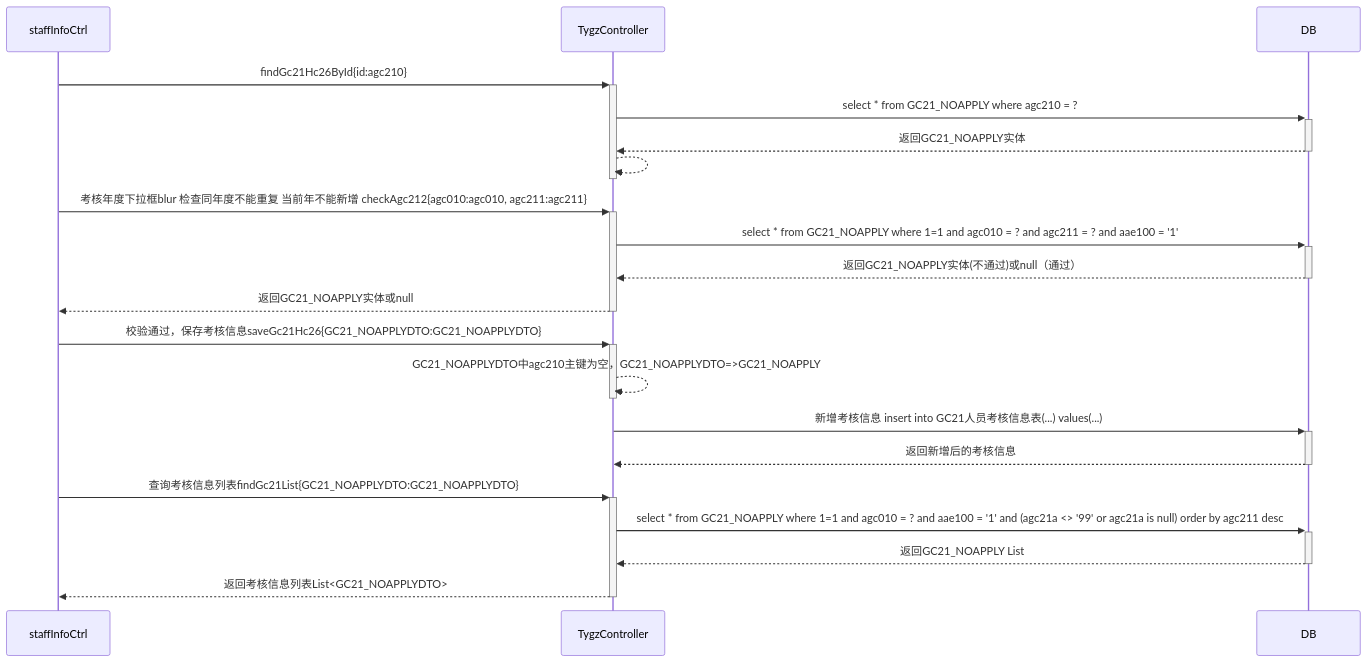
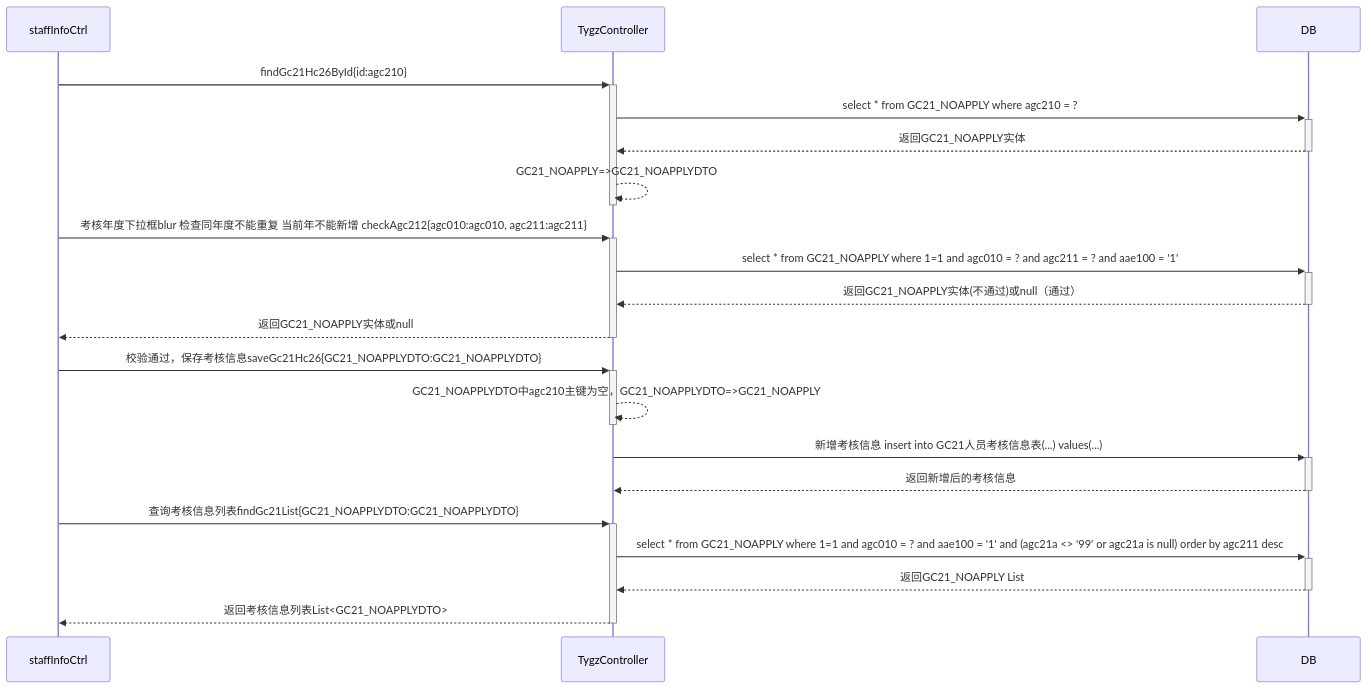
One commit to ZhangJianBeiJing/iodraw-files changed the diagram in all/人员考核信息修改按钮的调用业务流程.md. Above: the diagram before and after it, drawn with Mermaid.

Commit message:
2025-03-26 09:59:52 update

````diff
--- a/all/人员考核信息修改按钮的调用业务流程.md
+++ b/all/人员考核信息修改按钮的调用业务流程.md
@@ -1,21 +1,21 @@
 ```mermaid
 sequenceDiagram
 
     staffInfoCtrl->>+TygzController:findGc21Hc26ById{id:agc210}
     TygzController->>+DB:select * from GC21_NOAPPLY where agc210 = ?
     DB-->>-TygzController:返回GC21_NOAPPLY实体
-    TygzController-->>-TygzController:
+    TygzController-->>-TygzController:GC21_NOAPPLY=>GC21_NOAPPLYDTO
     staffInfoCtrl->>+TygzController:考核年度下拉框blur 检查同年度不能重复 当前年不能新增 checkAgc212{agc010:agc010, agc211:agc211}
     TygzController->>+DB:select * from GC21_NOAPPLY where 1=1 and agc010 = ? and agc211 = ? and aae100 = '1'
     DB-->>-TygzController:返回GC21_NOAPPLY实体(不通过)或null（通过）
     TygzController-->>-staffInfoCtrl:返回GC21_NOAPPLY实体或null
 
     staffInfoCtrl->>+TygzController:校验通过，保存考核信息saveGc21Hc26{GC21_NOAPPLYDTO:GC21_NOAPPLYDTO}
     TygzController-->>-TygzController:GC21_NOAPPLYDTO中agc210主键为空，GC21_NOAPPLYDTO=>GC21_NOAPPLY
     TygzController->>+DB:新增考核信息 insert into GC21人员考核信息表(...) values(...)
     DB-->>-TygzController:返回新增后的考核信息
     staffInfoCtrl->>+TygzController:查询考核信息列表findGc21List{GC21_NOAPPLYDTO:GC21_NOAPPLYDTO}
     TygzController->>+DB:select * from GC21_NOAPPLY where 1=1 and agc010 = ? and aae100 = '1' and (agc21a <> '99' or agc21a is null) order by agc211 desc
     DB-->>-TygzController:返回GC21_NOAPPLY List
     TygzController-->>-staffInfoCtrl:返回考核信息列表List<GC21_NOAPPLYDTO>
 ```
````
